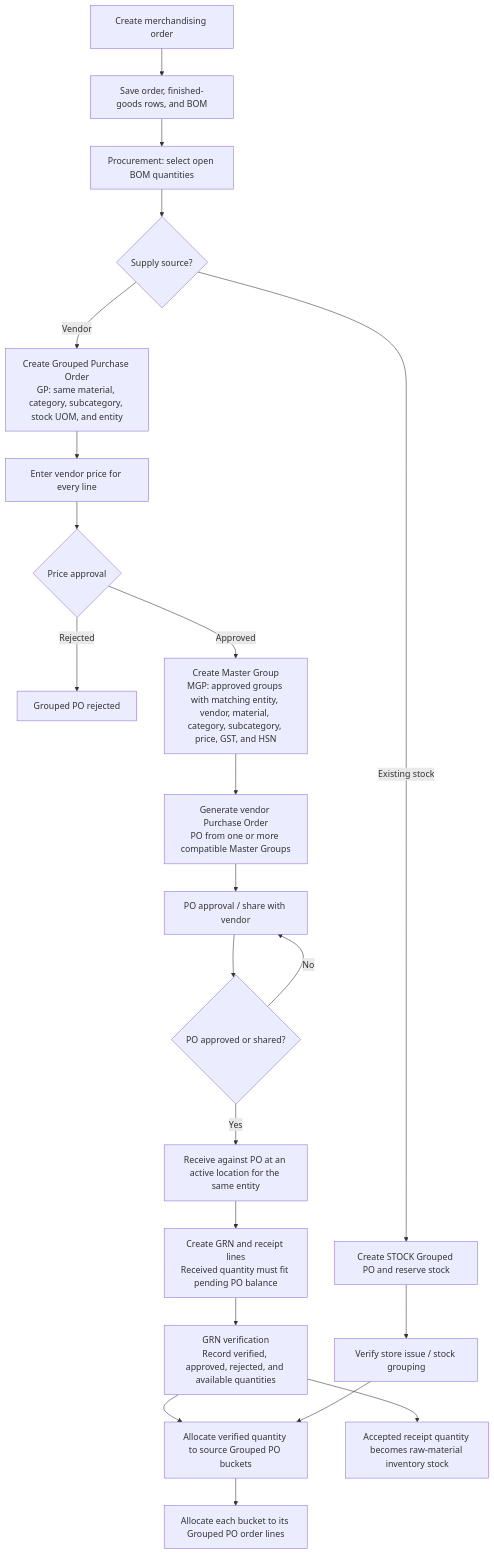
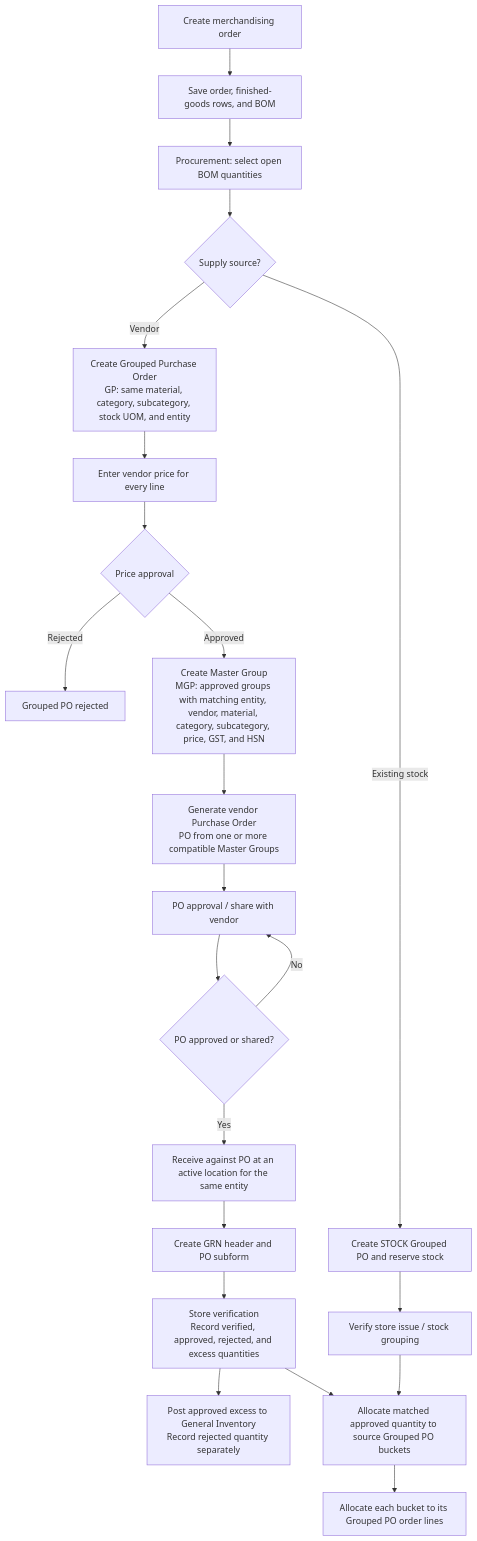
The first of 2 diagrams in ORDER-PROCUREMENT-GRN-FLOW.md (credencecraft-source/Credence-craft-erp), drawn with Mermaid before and after one commit. The commit also changed other lines of this file and 27 other files, not shown here.

Commit message:
Improve factory work order and production flows

````diff
--- a/ORDER-PROCUREMENT-GRN-FLOW.md
+++ b/ORDER-PROCUREMENT-GRN-FLOW.md
@@ -7,26 +7,26 @@
 ```mermaid
 flowchart TD
     A[Create merchandising order] --> B[Save order, finished-goods rows, and BOM]
     B --> C[Procurement: select open BOM quantities]
     C --> D{Supply source?}
 
     D -->|Vendor| E[Create Grouped Purchase Order<br/>GP: same material, category, subcategory, stock UOM, and entity]
     E --> F[Enter vendor price for every line]
     F --> G{Price approval}
     G -->|Rejected| H[Grouped PO rejected]
     G -->|Approved| I[Create Master Group<br/>MGP: approved groups with matching entity, vendor, material, category, subcategory, price, GST, and HSN]
     I --> J[Generate vendor Purchase Order<br/>PO from one or more compatible Master Groups]
     J --> K[PO approval / share with vendor]
     K --> L{PO approved or shared?}
     L -->|No| K
     L -->|Yes| M[Receive against PO at an active location for the same entity]
-    M --> N[Create GRN and receipt lines<br/>Received quantity must fit pending PO balance]
-    N --> O[GRN verification<br/>Record verified, approved, rejected, and available quantities]
-    O --> P[Allocate verified quantity to source Grouped PO buckets]
-    P --> Q[Allocate each bucket to its Grouped PO order lines]
-    O --> R[Accepted receipt quantity becomes raw-material inventory stock]
+    M --> N[Create GRN header and PO subform]
+    N --> O[Store verification<br/>Record verified, approved, rejected, and excess quantities]
+    O --> P[Post approved excess to General Inventory<br/>Record rejected quantity separately]
+    O --> Q[Allocate matched approved quantity to source Grouped PO buckets]
+    Q --> R[Allocate each bucket to its Grouped PO order lines]
 
     D -->|Existing stock| S[Create STOCK Grouped PO and reserve stock]
     S --> T[Verify store issue / stock grouping]
-    T --> P
+    T --> Q
 ```
````
